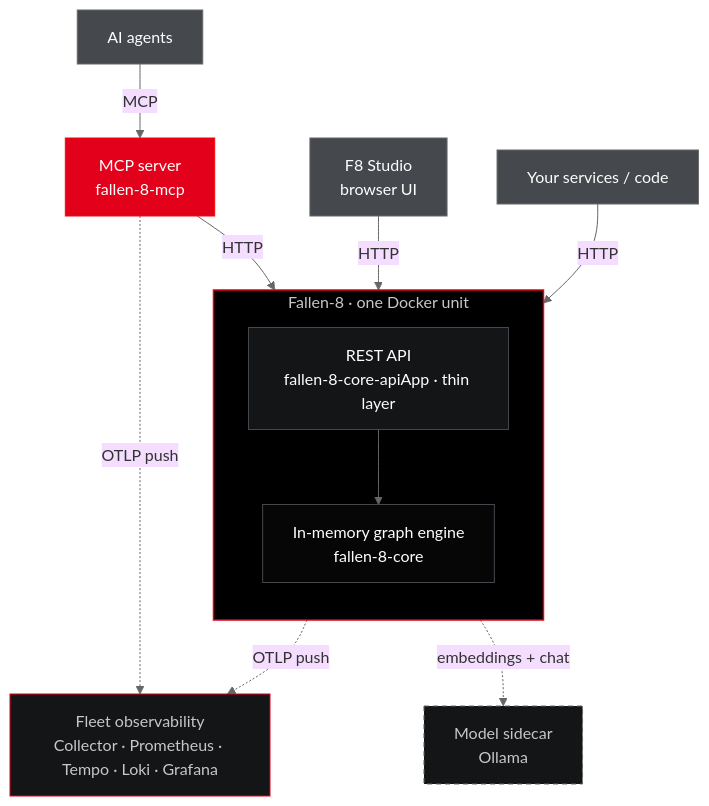
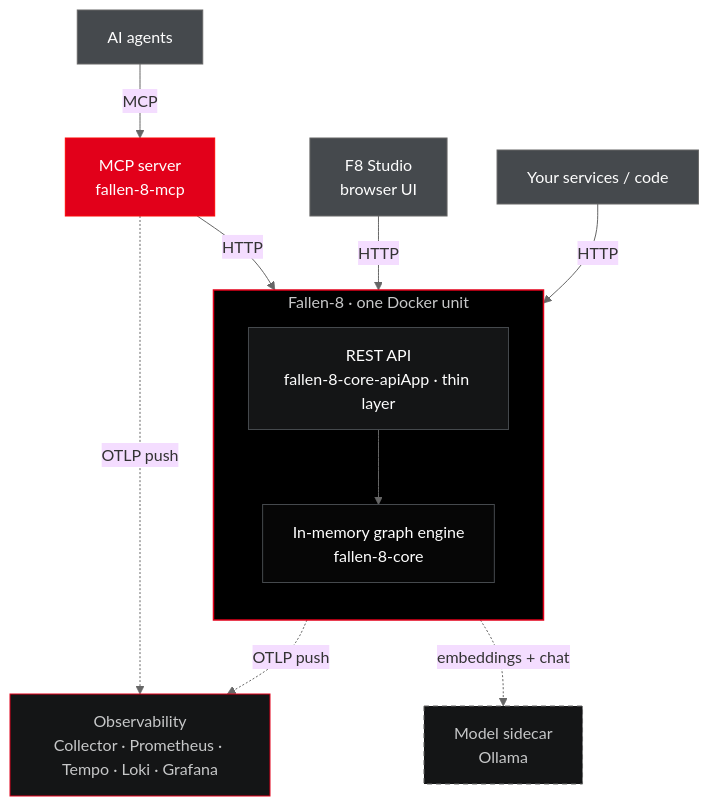
Before and after one commit to cosh/fallen-8-core: the diagram in README.md, drawn with Mermaid. The commit also changed other lines of this file and 4 other files, not shown here.

First line of the commit message:
docs: merge fleet observability into a single Observability deep-dive

````diff
--- a/README.md
+++ b/README.md
@@ -76,35 +75,35 @@
 ```mermaid
 %%{init: {'theme':'base','themeVariables':{'fontFamily':'ui-monospace, SFMono-Regular, Menlo, Consolas, monospace','lineColor':'#666666'}}}%%
 flowchart TB
     agents["AI agents"]:::client
     studio["F8 Studio<br/>browser UI"]:::client
     services["Your services / code"]:::client
 
     mcp["MCP server<br/>fallen-8-mcp"]:::mcp
 
     subgraph unit["Fallen-8 · one Docker unit"]
         direction TB
         rest["REST API<br/>fallen-8-core-apiApp · thin layer"]:::api
         engine["In-memory graph engine<br/>fallen-8-core"]:::engine
         rest --> engine
     end
 
     sidecar["Model sidecar<br/>Ollama"]:::ext
-    obs["Fleet observability<br/>Collector · Prometheus · Tempo · Loki · Grafana"]:::obs
+    obs["Observability<br/>Collector · Prometheus · Tempo · Loki · Grafana"]:::obs
 
     agents -->|MCP| mcp
     mcp -->|HTTP| rest
     studio -->|HTTP| rest
     services -->|HTTP| rest
     rest -.->|embeddings + chat| sidecar
     rest -.->|OTLP push| obs
     mcp -.->|OTLP push| obs
 
     classDef client fill:#45494D,stroke:#666666,color:#FEFEFE
     classDef mcp fill:#E2001A,stroke:#FC0606,color:#FEFEFE
     classDef api fill:#141516,stroke:#45494D,color:#FEFEFE
     classDef engine fill:#060606,stroke:#45494D,color:#FEFEFE
     classDef ext fill:#141516,stroke:#666666,color:#C6C7C8,stroke-dasharray:5 4
     classDef obs fill:#141516,stroke:#E2001A,color:#C6C7C8
     style unit fill:#000000,stroke:#E2001A,stroke-width:1.5px,color:#C6C7C8
 ```
````
